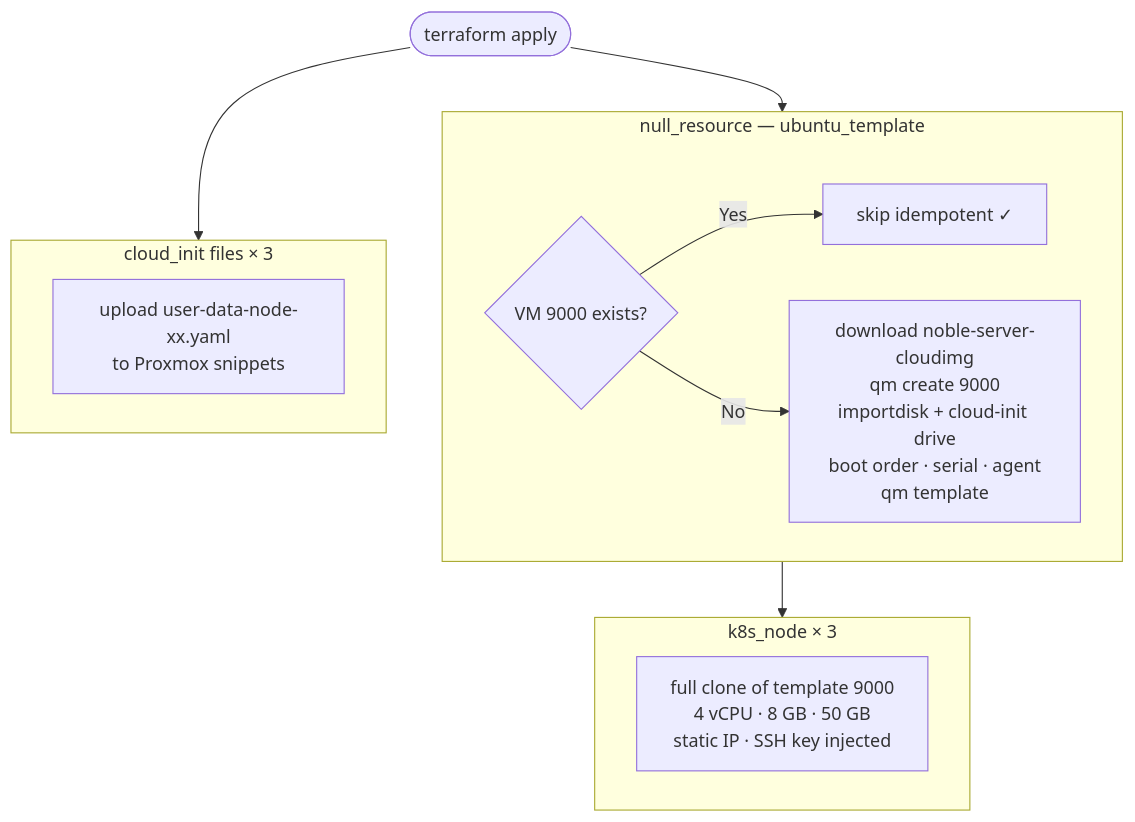
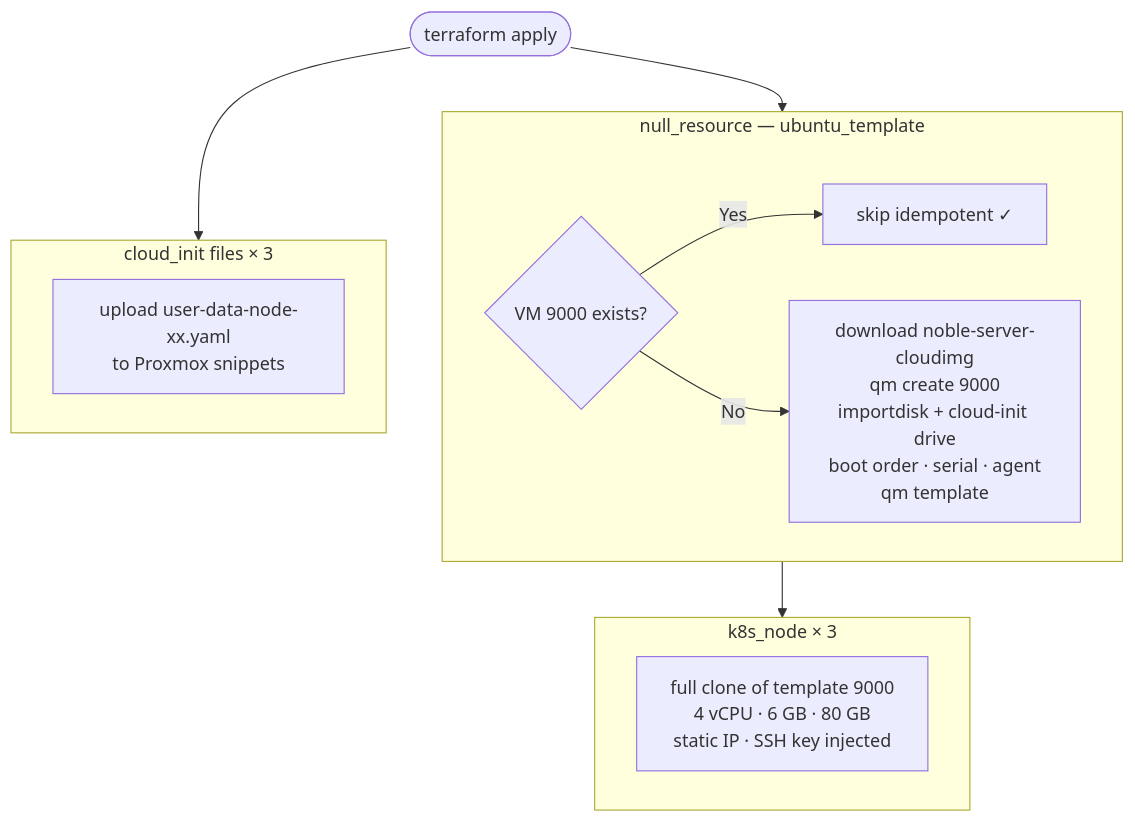
One commit to shayate811/lovelab changed the second of 5 diagrams in README.md. Above: the diagram before and after it, drawn with Mermaid. The commit also changed other lines of this file and 2 other files, not shown here.

````diff
--- a/README.md
+++ b/README.md
@@ -252,22 +252,22 @@
 ```mermaid
 flowchart TD
     A(["terraform apply"])
 
     A --> NR
     A --> CI
     NR --> VM
 
     subgraph NR["null_resource — ubuntu_template"]
         C{"VM 9000 exists?"}
         C -- Yes --> D["skip  idempotent ✓"]
         C -- No  --> E["download noble-server-cloudimg\nqm create 9000\nimportdisk + cloud-init drive\nboot order · serial · agent\nqm template"]
     end
 
     subgraph CI["cloud_init files × 3"]
         F["upload user-data-node-xx.yaml\nto Proxmox snippets"]
     end
 
     subgraph VM["k8s_node × 3"]
-        G["full clone of template 9000\n4 vCPU · 8 GB · 50 GB\nstatic IP · SSH key injected"]
+        G["full clone of template 9000\n4 vCPU · 6 GB · 80 GB\nstatic IP · SSH key injected"]
     end
 ```
````
